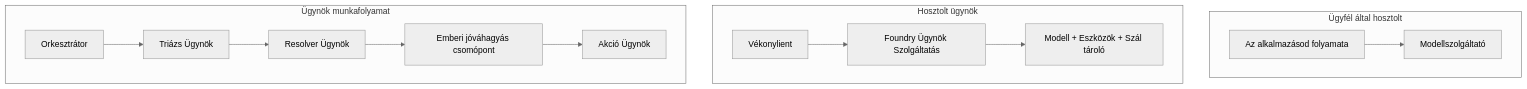
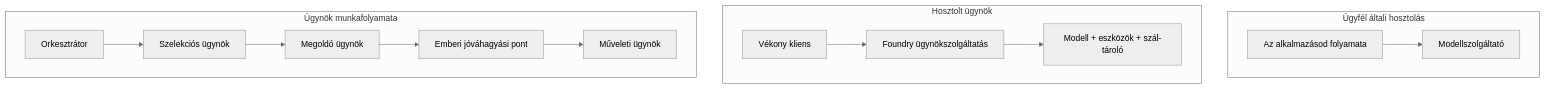
The first of 4 diagrams in translations/hu/16-deploying-scalable-agents/README.md (microsoft/ai-agents-for-beginners), drawn with Mermaid (neutral theme) before and after one commit. The commit also changed other lines of this file and 47 other files, not shown here.

````diff
--- a/translations/hu/16-deploying-scalable-agents/README.md
+++ b/translations/hu/16-deploying-scalable-agents/README.md
@@ -87,16 +87,16 @@
 ```mermaid
 flowchart TB
-    subgraph P1[Ügyfél által hosztolt]
+    subgraph P1[Ügyfél általi hosztolás]
         A1[Az alkalmazásod folyamata] --> M1[Modellszolgáltató]
     end
     subgraph P2[Hosztolt ügynök]
-        A2[Vékonylient] --> F2[Foundry Ügynök Szolgáltatás]
-        F2 --> M2[Modell + Eszközök + Szál tároló]
+        A2[Vékony kliens] --> F2[Foundry ügynökszolgáltatás]
+        F2 --> M2[Modell + eszközök + szál-tároló]
     end
-    subgraph P3[Ügynök munkafolyamat]
-        A3[Orkesztrátor] --> S1[Triázs Ügynök]
-        S1 --> S2[Resolver Ügynök]
-        S2 --> H[Emberi jóváhagyás csomópont]
-        H --> S3[Akció Ügynök]
+    subgraph P3[Ügynök munkafolyamata]
+        A3[Orkesztrátor] --> S1[Szelekciós ügynök]
+        S1 --> S2[Megoldó ügynök]
+        S2 --> H[Emberi jóváhagyási pont]
+        H --> S3[Műveleti ügynök]
     end
 ```
````
